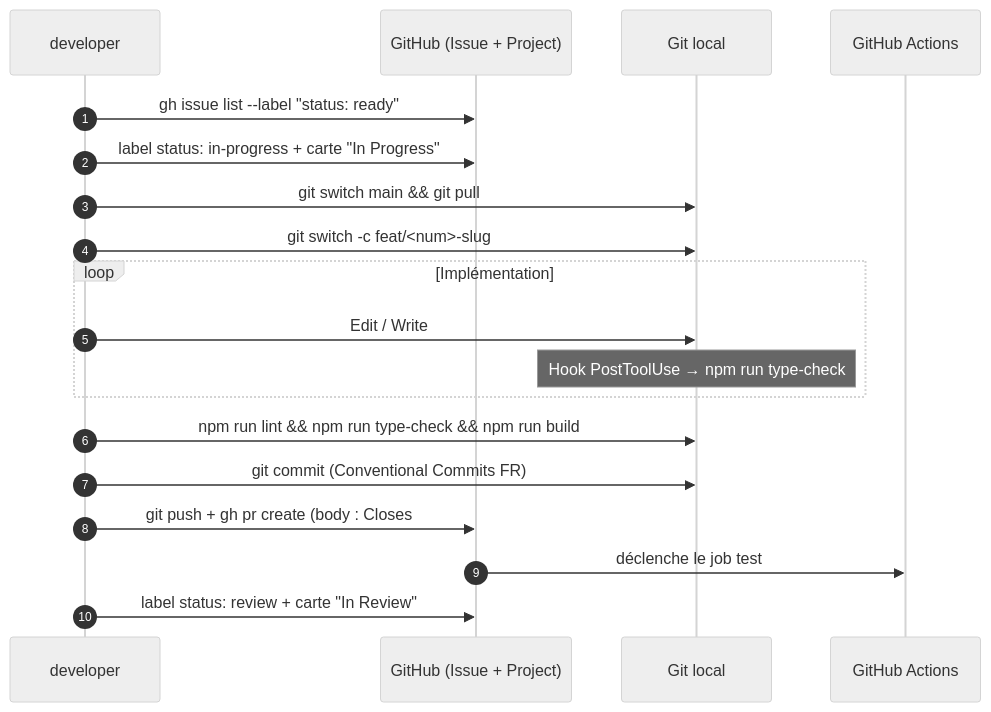
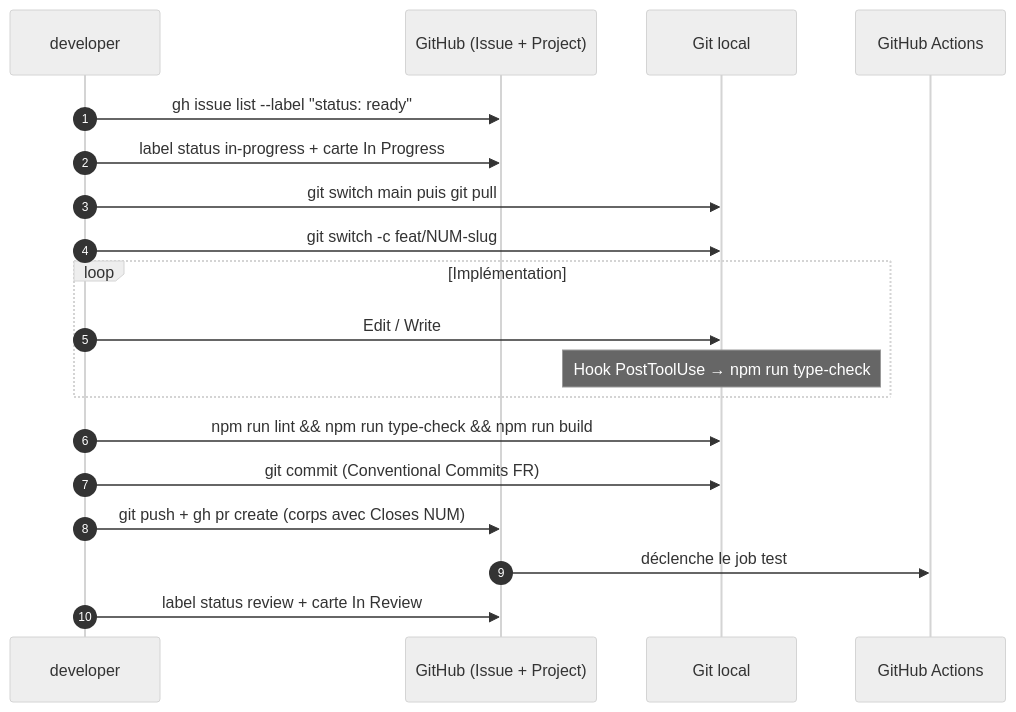
The fifth of 12 diagrams in docs/SDLC.md (mehdisebei-debug/KIDS-APP), drawn with Mermaid (neutral theme) before and after one commit. The commit also changed other lines of this file, not shown here.

````diff
--- a/docs/SDLC.md
+++ b/docs/SDLC.md
@@ -285,21 +441,21 @@
 ```mermaid
 sequenceDiagram
     autonumber
     participant DEV as developer
     participant GH as GitHub (Issue + Project)
     participant GIT as Git local
     participant CI as GitHub Actions
     DEV->>GH: gh issue list --label "status: ready"
-    DEV->>GH: label status: in-progress + carte "In Progress"
-    DEV->>GIT: git switch main && git pull
-    DEV->>GIT: git switch -c feat/<num>-slug
+    DEV->>GH: label status in-progress + carte In Progress
+    DEV->>GIT: git switch main puis git pull
+    DEV->>GIT: git switch -c feat/NUM-slug
     loop Implémentation
         DEV->>GIT: Edit / Write
         Note over GIT: Hook PostToolUse → npm run type-check
     end
     DEV->>GIT: npm run lint && npm run type-check && npm run build
     DEV->>GIT: git commit (Conventional Commits FR)
-    DEV->>GH: git push + gh pr create (body : Closes #<num>)
+    DEV->>GH: git push + gh pr create (corps avec Closes NUM)
     GH->>CI: déclenche le job test
-    DEV->>GH: label status: review + carte "In Review"
+    DEV->>GH: label status review + carte In Review
 ```
````
